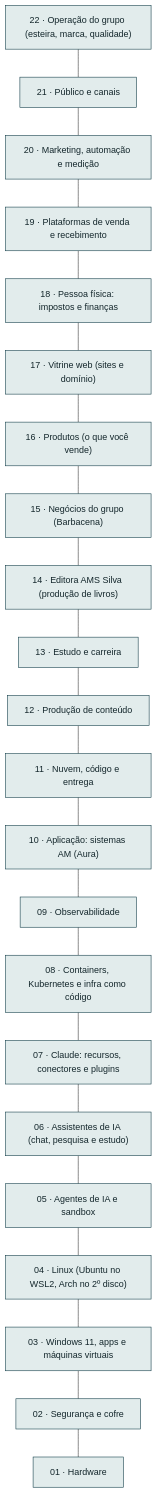
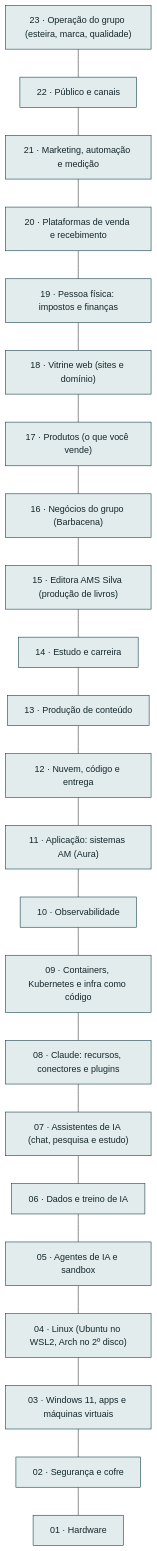
The first of 2 diagrams in README.md (AlanMateus17/dev-setup), drawn with Mermaid before and after one commit. The commit also changed other lines of this file and 44 other files, not shown here.

First line of the commit message:
feat(dados-ia): engenharia de dados, treino de IA e pendrives de Kali e Arch

````diff
--- a/README.md
+++ b/README.md
@@ -27,48 +27,50 @@
 ```mermaid
 flowchart TB
-  L_oper["22 · Operação do grupo (esteira, marca, qualidade)"]
-  L_pub["21 · Público e canais"]
-  L_mkt["20 · Marketing, automação e medição"]
-  L_venda["19 · Plataformas de venda e recebimento"]
-  L_emp["18 · Pessoa física: impostos e finanças"]
-  L_web["17 · Vitrine web (sites e domínio)"]
-  L_prod["16 · Produtos (o que você vende)"]
-  L_neg["15 · Negócios do grupo (Barbacena)"]
-  L_editora["14 · Editora AMS Silva (produção de livros)"]
-  L_est["13 · Estudo e carreira"]
-  L_cont["12 · Produção de conteúdo"]
-  L_nuvem["11 · Nuvem, código e entrega"]
-  L_app["10 · Aplicação: sistemas AM (Aura)"]
-  L_obs["09 · Observabilidade"]
-  L_cnt["08 · Containers, Kubernetes e infra como código"]
-  L_clc["07 · Claude: recursos, conectores e plugins"]
-  L_chat["06 · Assistentes de IA (chat, pesquisa e estudo)"]
+  L_oper["23 · Operação do grupo (esteira, marca, qualidade)"]
+  L_pub["22 · Público e canais"]
+  L_mkt["21 · Marketing, automação e medição"]
+  L_venda["20 · Plataformas de venda e recebimento"]
+  L_emp["19 · Pessoa física: impostos e finanças"]
+  L_web["18 · Vitrine web (sites e domínio)"]
+  L_prod["17 · Produtos (o que você vende)"]
+  L_neg["16 · Negócios do grupo (Barbacena)"]
+  L_editora["15 · Editora AMS Silva (produção de livros)"]
+  L_est["14 · Estudo e carreira"]
+  L_cont["13 · Produção de conteúdo"]
+  L_nuvem["12 · Nuvem, código e entrega"]
+  L_app["11 · Aplicação: sistemas AM (Aura)"]
+  L_obs["10 · Observabilidade"]
+  L_cnt["09 · Containers, Kubernetes e infra como código"]
+  L_clc["08 · Claude: recursos, conectores e plugins"]
+  L_chat["07 · Assistentes de IA (chat, pesquisa e estudo)"]
+  L_dados["06 · Dados e treino de IA"]
   L_ia["05 · Agentes de IA e sandbox"]
   L_lin["04 · Linux (Ubuntu no WSL2, Arch no 2º disco)"]
   L_win["03 · Windows 11, apps e máquinas virtuais"]
   L_seg["02 · Segurança e cofre"]
   L_hw["01 · Hardware"]
   L_oper --- L_pub
   L_pub --- L_mkt
   L_mkt --- L_venda
   L_venda --- L_emp
   L_emp --- L_web
   L_web --- L_prod
   L_prod --- L_neg
   L_neg --- L_editora
   L_editora --- L_est
   L_est --- L_cont
   L_cont --- L_nuvem
   L_nuvem --- L_app
   L_app --- L_obs
   L_obs --- L_cnt
   L_cnt --- L_clc
   L_clc --- L_chat
-  L_chat --- L_ia
+  L_chat --- L_dados
+  L_dados --- L_ia
   L_ia --- L_lin
   L_lin --- L_win
   L_win --- L_seg
   L_seg --- L_hw
   classDef cam fill:#e2ecec,stroke:#0e3a45,color:#13262b
-  class L_oper,L_pub,L_mkt,L_venda,L_emp,L_web,L_prod,L_neg,L_editora,L_est,L_cont,L_nuvem,L_app,L_obs,L_cnt,L_clc,L_chat,L_ia,L_lin,L_win,L_seg,L_hw cam
+  class L_oper,L_pub,L_mkt,L_venda,L_emp,L_web,L_prod,L_neg,L_editora,L_est,L_cont,L_nuvem,L_app,L_obs,L_cnt,L_clc,L_chat,L_dados,L_ia,L_lin,L_win,L_seg,L_hw cam
 ```
````
